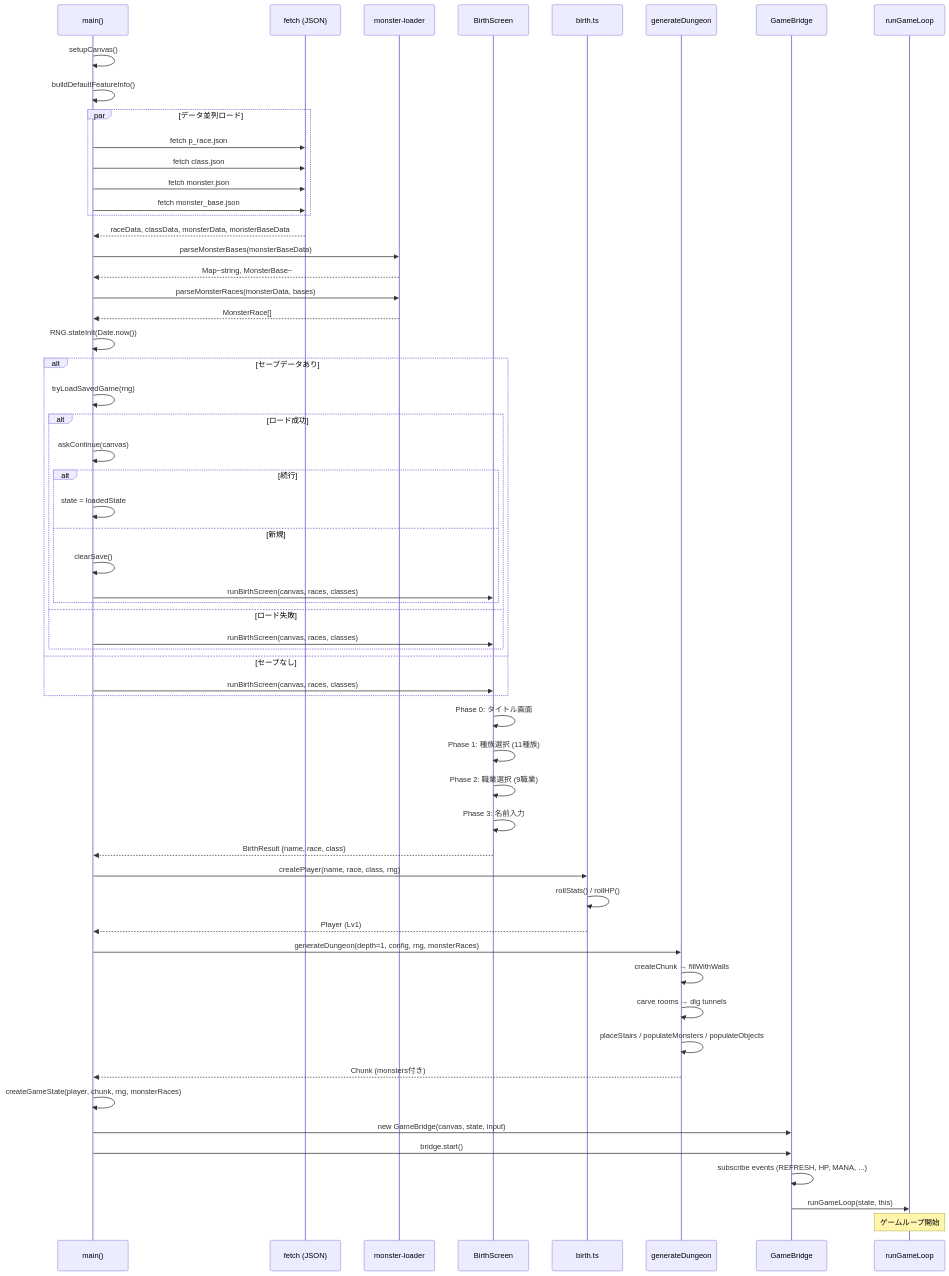
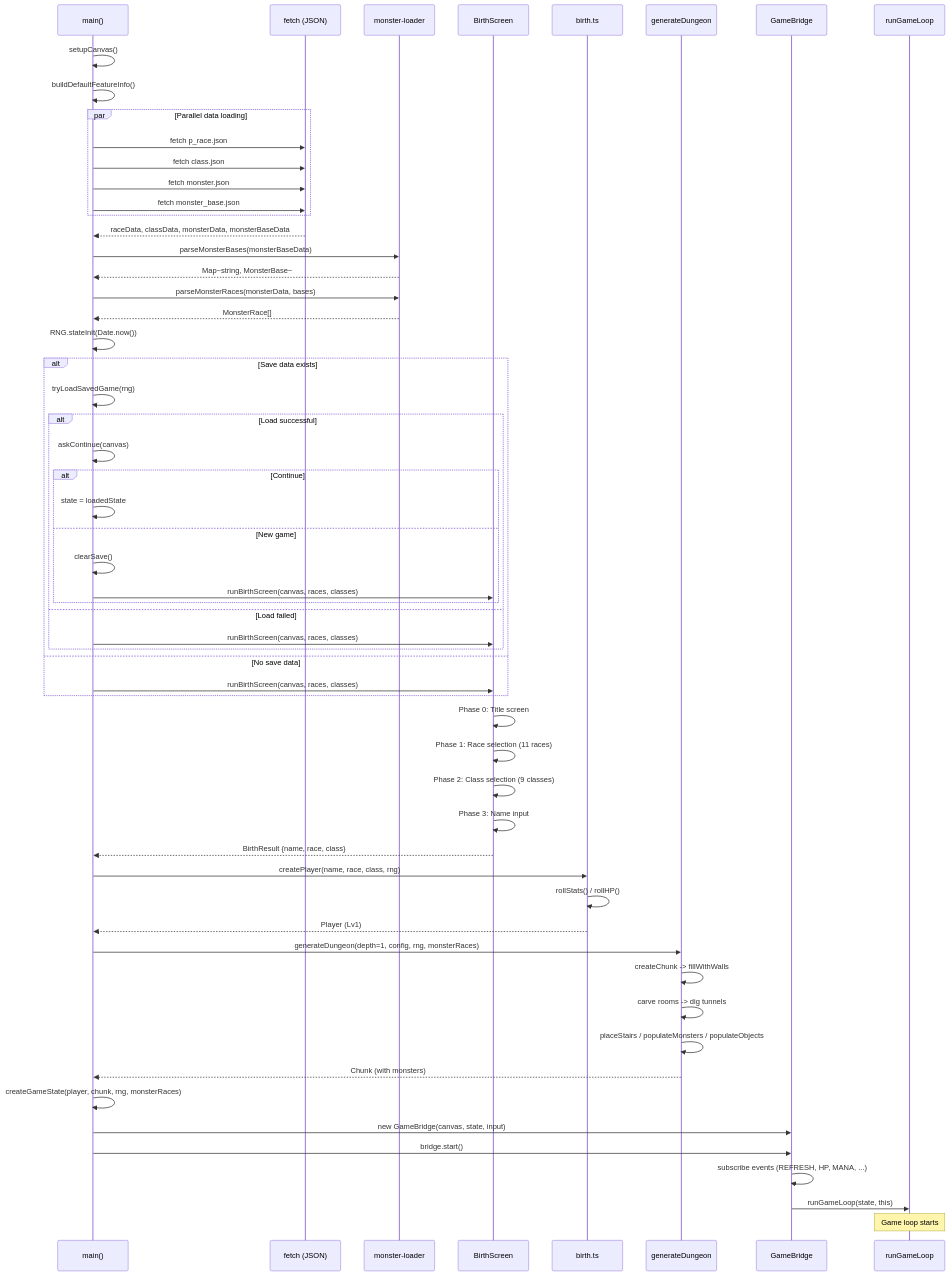
Before and after one commit to yuukiishikawa/angband-ts: the seventh of 15 diagrams in ARCHITECTURE.md, drawn with Mermaid. The commit also changed other lines of this file and 4 other files, not shown here.

````diff
--- a/ARCHITECTURE.md
+++ b/ARCHITECTURE.md
@@ -477,69 +477,69 @@
 ```mermaid
 sequenceDiagram
     participant M as main()
     participant FS as fetch (JSON)
     participant ML as monster-loader
     participant BS as BirthScreen
     participant B as birth.ts
     participant DG as generateDungeon
     participant GB as GameBridge
     participant GL as runGameLoop
 
     M->>M: setupCanvas()
     M->>M: buildDefaultFeatureInfo()
 
-    par データ並列ロード
+    par Parallel data loading
         M->>FS: fetch p_race.json
         M->>FS: fetch class.json
         M->>FS: fetch monster.json
         M->>FS: fetch monster_base.json
     end
     FS-->>M: raceData, classData, monsterData, monsterBaseData
 
     M->>ML: parseMonsterBases(monsterBaseData)
     ML-->>M: Map~string, MonsterBase~
     M->>ML: parseMonsterRaces(monsterData, bases)
     ML-->>M: MonsterRace[]
 
     M->>M: RNG.stateInit(Date.now())
 
-    alt セーブデータあり
+    alt Save data exists
         M->>M: tryLoadSavedGame(rng)
-        alt ロード成功
+        alt Load successful
             M->>M: askContinue(canvas)
-            alt 続行
+            alt Continue
                 M->>M: state = loadedState
-            else 新規
+            else New game
                 M->>M: clearSave()
                 M->>BS: runBirthScreen(canvas, races, classes)
             end
-        else ロード失敗
+        else Load failed
             M->>BS: runBirthScreen(canvas, races, classes)
         end
-    else セーブなし
+    else No save data
         M->>BS: runBirthScreen(canvas, races, classes)
     end
 
-    BS->>BS: Phase 0: タイトル画面
-    BS->>BS: Phase 1: 種族選択 (11種族)
-    BS->>BS: Phase 2: 職業選択 (9職業)
-    BS->>BS: Phase 3: 名前入力
+    BS->>BS: Phase 0: Title screen
+    BS->>BS: Phase 1: Race selection (11 races)
+    BS->>BS: Phase 2: Class selection (9 classes)
+    BS->>BS: Phase 3: Name input
     BS-->>M: BirthResult {name, race, class}
 
     M->>B: createPlayer(name, race, class, rng)
     B->>B: rollStats() / rollHP()
     B-->>M: Player (Lv1)
 
     M->>DG: generateDungeon(depth=1, config, rng, monsterRaces)
-    DG->>DG: createChunk → fillWithWalls
-    DG->>DG: carve rooms → dig tunnels
+    DG->>DG: createChunk -> fillWithWalls
+    DG->>DG: carve rooms -> dig tunnels
     DG->>DG: placeStairs / populateMonsters / populateObjects
-    DG-->>M: Chunk (monsters付き)
+    DG-->>M: Chunk (with monsters)
 
     M->>M: createGameState(player, chunk, rng, monsterRaces)
     M->>GB: new GameBridge(canvas, state, input)
     M->>GB: bridge.start()
     GB->>GB: subscribe events (REFRESH, HP, MANA, ...)
     GB->>GL: runGameLoop(state, this)
-    Note over GL: ゲームループ開始
+    Note over GL: Game loop starts
 ```
````
